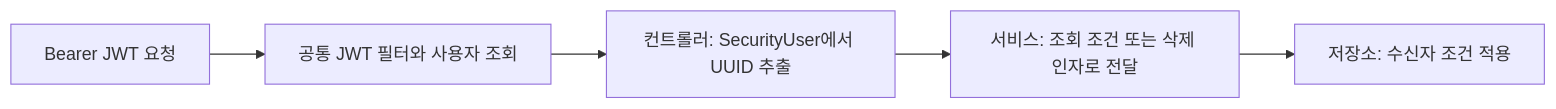
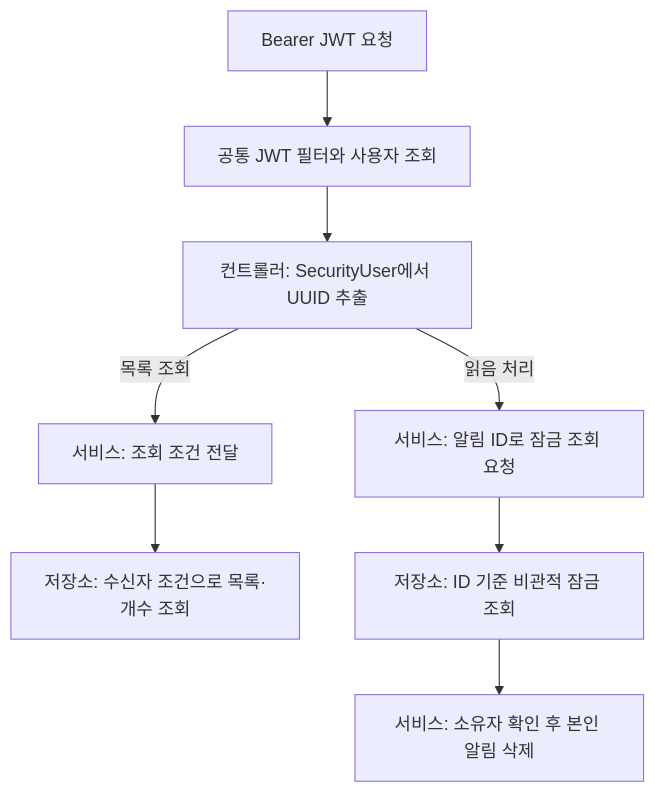
One commit to codeit-backend13-part4-team1/playlist_for_everyone changed the diagram in docs/notification/03-query-and-security.md. Above: the diagram before and after it, drawn with Mermaid. The commit also changed other lines of this file and 7 other files, not shown here.

````diff
--- a/docs/notification/03-query-and-security.md
+++ b/docs/notification/03-query-and-security.md
@@ -8,7 +8,10 @@
 ```mermaid
-flowchart LR
-    A[Bearer JWT 요청] --> B[공통 JWT 필터와 사용자 조회]
-    B --> C[컨트롤러: SecurityUser에서 UUID 추출]
-    C --> D[서비스: 조회 조건 또는 삭제 인자로 전달]
-    D --> E[저장소: 수신자 조건 적용]
+flowchart TD
+    A["Bearer JWT 요청"] --> B["공통 JWT 필터와 사용자 조회"]
+    B --> C["컨트롤러: SecurityUser에서 UUID 추출"]
+    C -->|목록 조회| D["서비스: 조회 조건 전달"]
+    D --> E["저장소: 수신자 조건으로 목록·개수 조회"]
+    C -->|읽음 처리| F["서비스: 알림 ID로 잠금 조회 요청"]
+    F --> G["저장소: ID 기준 비관적 잠금 조회"]
+    G --> H["서비스: 소유자 확인 후 본인 알림 삭제"]
 ```
````
